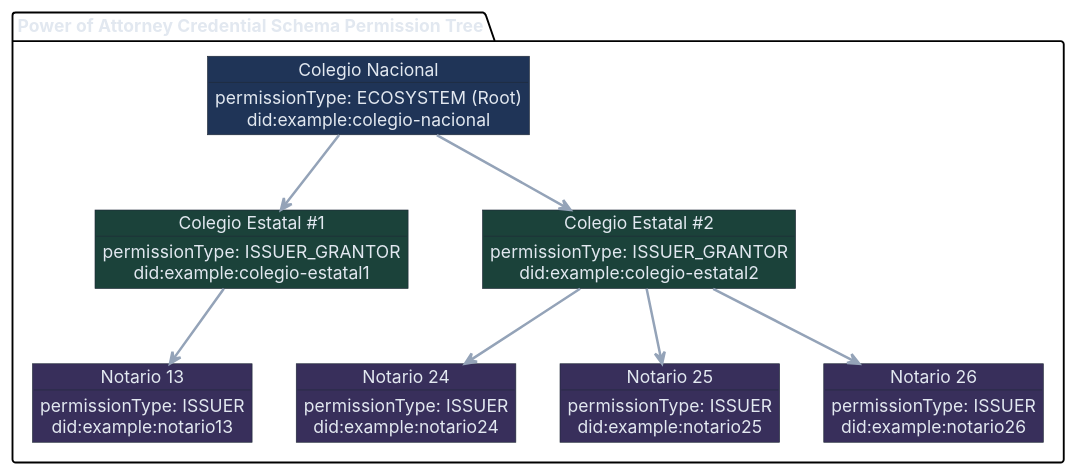
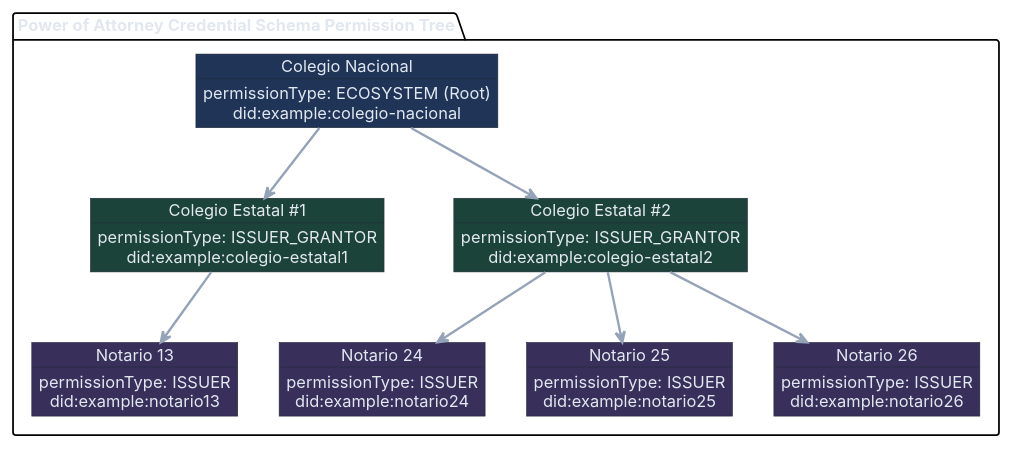
The diagram in content/page/industry-use-cases/notaries.md (verana-labs/verana.io-website), drawn with PlantUML before and after one commit. The commit also changed other lines of this file and 4 other files, not shown here.

```diff
--- a/content/page/industry-use-cases/notaries.md
+++ b/content/page/industry-use-cases/notaries.md
@@ -87,48 +111,48 @@
-      @startuml
-      skinparam backgroundColor transparent
-      skinparam DefaultTextAlignment center
-      skinparam defaultFontName "Inter"
-      skinparam defaultFontColor #E2E8F0
-      skinparam ArrowColor #94A3B8
-      skinparam ArrowThickness 2
-      skinparam ObjectBorderColor #1F2937
-      skinparam ObjectFontColor #E2E8F0
-      skinparam ObjectFontName "Inter"
-      package "Power of Attorney Credential Schema Permission Tree" as cs {
-          object "Colegio Nacional" as tr #1F3457 {
-              permissionType: ECOSYSTEM (Root)
-              did:example:colegio-nacional
-          }
-          object "Colegio Estatal #1" as ig1 #1B423A {
-              permissionType: ISSUER_GRANTOR
-              did:example:colegio-estatal1
-          }
-          object "Colegio Estatal #2" as ig2 #1B423A {
-              permissionType: ISSUER_GRANTOR
-              did:example:colegio-estatal2
-          }
-          
-          object "Notario 13" as issuer13 #382F5B {
-              permissionType: ISSUER
-              did:example:notario13
-          }
-          object "Notario 24" as issuer24 #382F5B {
-              permissionType: ISSUER
-              did:example:notario24
-          }
-          object "Notario 25" as issuer25 #382F5B {
-              permissionType: ISSUER
-              did:example:notario25
-          }
-          object "Notario 26" as issuer26 #382F5B {
-              permissionType: ISSUER
-              did:example:notario26
-          }
-      }
-      tr --> ig1
-      tr --> ig2
-      ig1 --> issuer13
-      ig2 --> issuer24
-      ig2 --> issuer25
-      ig2 --> issuer26
-      @enduml
+        @startuml
+        scale max 800 width
+        skinparam backgroundColor transparent
+        skinparam DefaultTextAlignment center
+        skinparam defaultFontName "Inter"
+        skinparam defaultFontColor #E2E8F0
+        skinparam ArrowColor #94A3B8
+        skinparam ArrowThickness 2
+        skinparam ObjectBorderColor #1F2937
+        skinparam ObjectFontColor #E2E8F0
+        skinparam ObjectFontName "Inter"
+        package "Power of Attorney Credential Schema Permission Tree" as cs {
+            object "Colegio Nacional" as tr #1F3457 {
+                permissionType: ECOSYSTEM (Root)
+                did:example:colegio-nacional
+            }
+            object "Colegio Estatal #1" as ig1 #1C433A {
+                permissionType: ISSUER_GRANTOR
+                did:example:colegio-estatal1
+            }
+            object "Colegio Estatal #2" as ig2 #1C433A {
+                permissionType: ISSUER_GRANTOR
+                did:example:colegio-estatal2
+            }
+            object "Notario 13" as issuer13 #382F5A {
+                permissionType: ISSUER
+                did:example:notario13
+            }
+            object "Notario 24" as issuer24 #382F5A {
+                permissionType: ISSUER
+                did:example:notario24
+            }
+            object "Notario 25" as issuer25 #382F5A {
+                permissionType: ISSUER
+                did:example:notario25
+            }
+            object "Notario 26" as issuer26 #382F5A {
+                permissionType: ISSUER
+                did:example:notario26
+            }
+        }
+        tr --> ig1
+        tr --> ig2
+        ig1 --> issuer13
+        ig2 --> issuer24
+        ig2 --> issuer25
+        ig2 --> issuer26
+        @enduml
```
